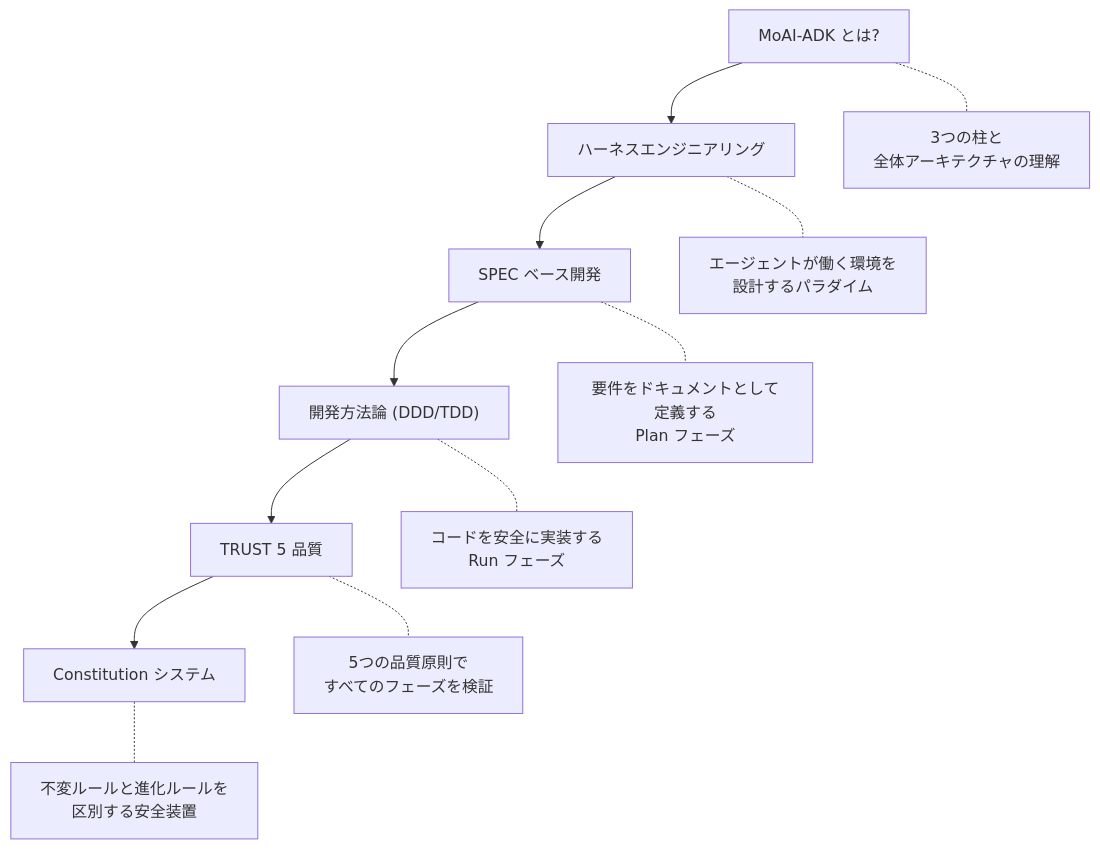
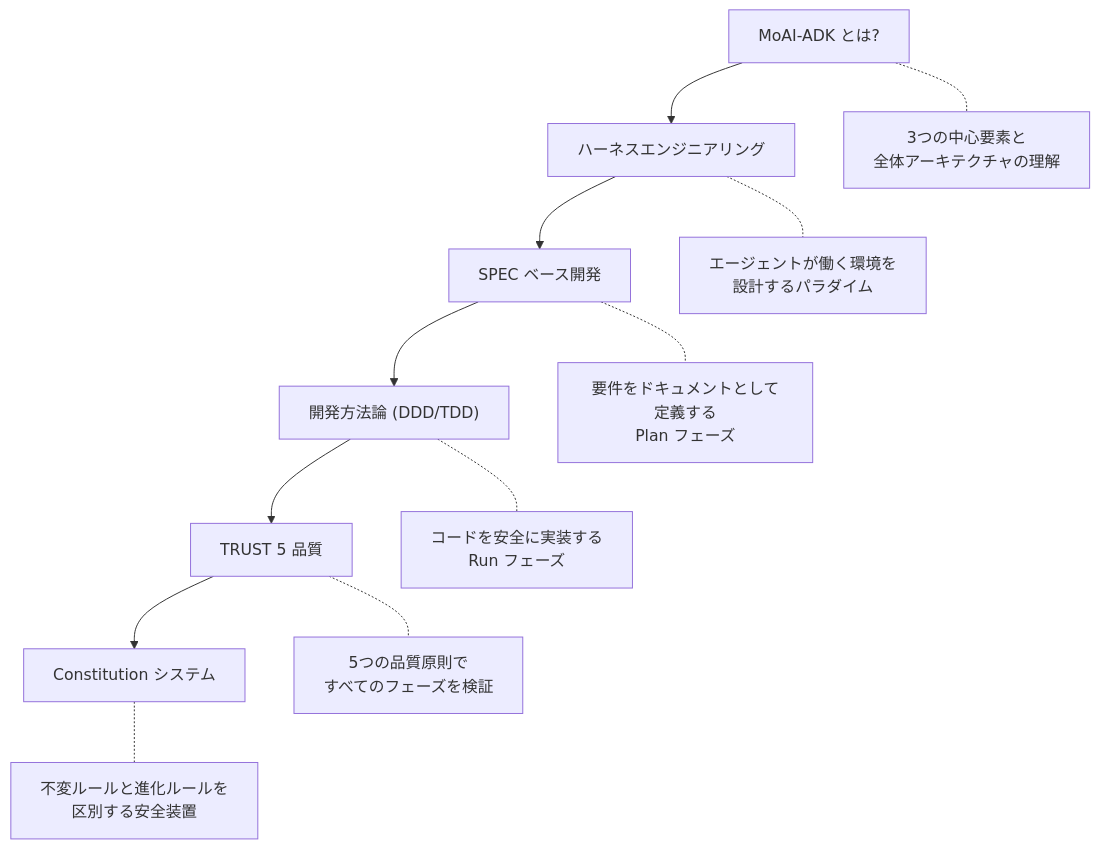
One commit to modu-ai/moai-adk changed the diagram in docs-site/content/ja/core-concepts/_index.md. Above: the diagram before and after it, drawn with Mermaid. The commit also changed other lines of this file and 124 other files, not shown here.

````diff
--- a/docs-site/content/ja/core-concepts/_index.md
+++ b/docs-site/content/ja/core-concepts/_index.md
@@ -28,15 +28,15 @@
 ```mermaid
 flowchart TD
     A["MoAI-ADK とは?"] --> B["ハーネスエンジニアリング"]
     B --> C["SPEC ベース開発"]
     C --> D["開発方法論 (DDD/TDD)"]
     D --> E["TRUST 5 品質"]
     E --> F["Constitution システム"]
 
-    A -.- A1["3つの柱と\n全体アーキテクチャの理解"]
+    A -.- A1["3つの中心要素と\n全体アーキテクチャの理解"]
     B -.- B1["エージェントが働く環境を\n設計するパラダイム"]
     C -.- C1["要件をドキュメントとして定義する\nPlan フェーズ"]
     D -.- D1["コードを安全に実装する\nRun フェーズ"]
     E -.- E1["5つの品質原則で\nすべてのフェーズを検証"]
     F -.- F1["不変ルールと進化ルールを\n区別する安全装置"]
 ```
````
